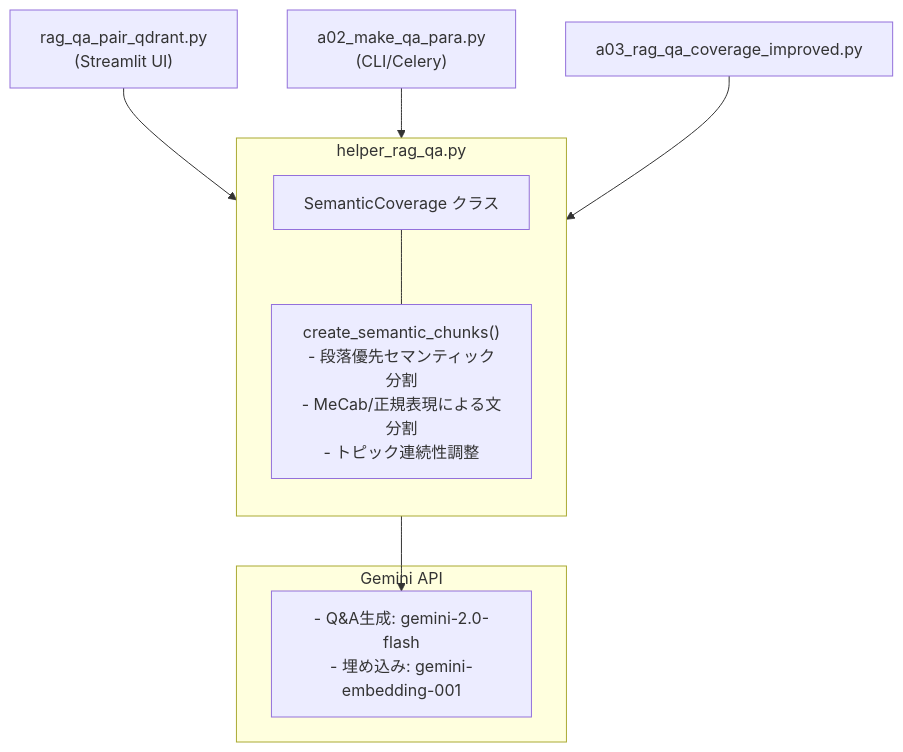
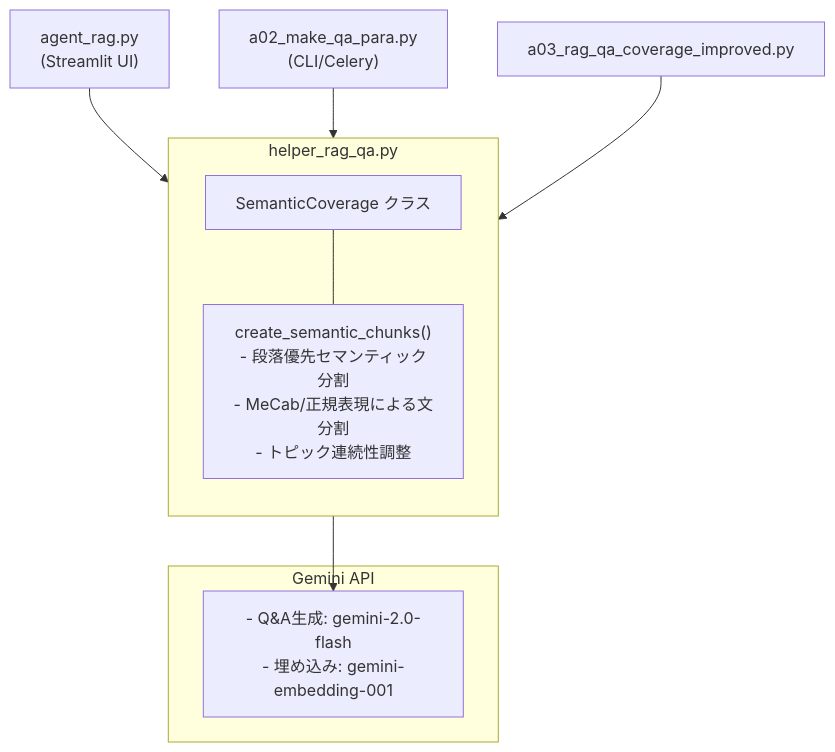
Before and after one commit to nakashima2toshio/gemini_agent_rag: the first of 2 diagrams in doc/03_chunk.md, drawn with Mermaid. The commit also changed other lines of this file and 62 other files, not shown here.

````diff
--- a/doc/03_chunk.md
+++ b/doc/03_chunk.md
@@ -48,22 +48,22 @@
 ```mermaid
 graph TD
-    UI["rag_qa_pair_qdrant.py<br>(Streamlit UI)"]
+    UI["agent_rag.py<br>(Streamlit UI)"]
     CLI["a02_make_qa_para.py<br>(CLI/Celery)"]
     COV["a03_rag_qa_coverage_improved.py"]
 
     subgraph Helper ["helper_rag_qa.py"]
         direction TB
         SC["SemanticCoverage クラス"]
         CSC["create_semantic_chunks()<br>- 段落優先セマンティック分割<br>- MeCab/正規表現による文分割<br>- トピック連続性調整"]
         SC --- CSC
     end
 
     subgraph Gemini ["Gemini API"]
         API["- Q&A生成: gemini-2.0-flash<br>- 埋め込み: gemini-embedding-001"]
     end
 
     UI --> SC
     CLI --> SC
     COV --> SC
     SC --> API
 ```
````
